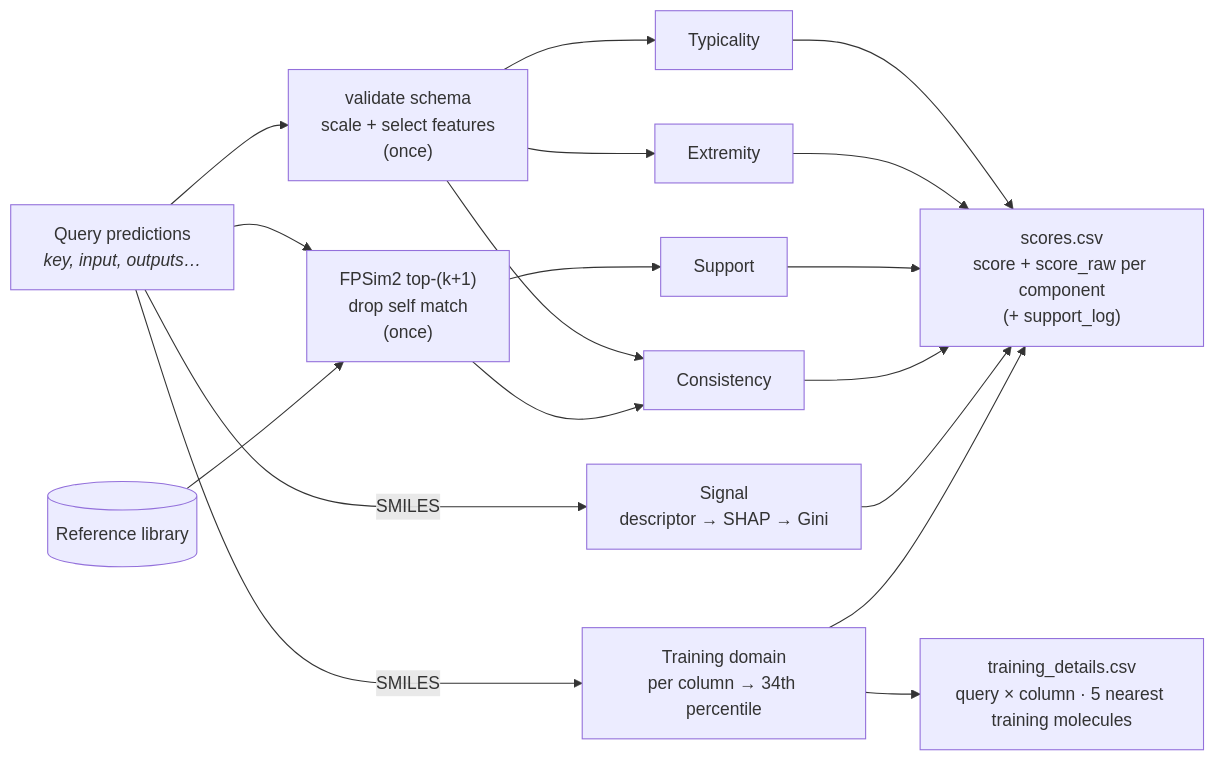
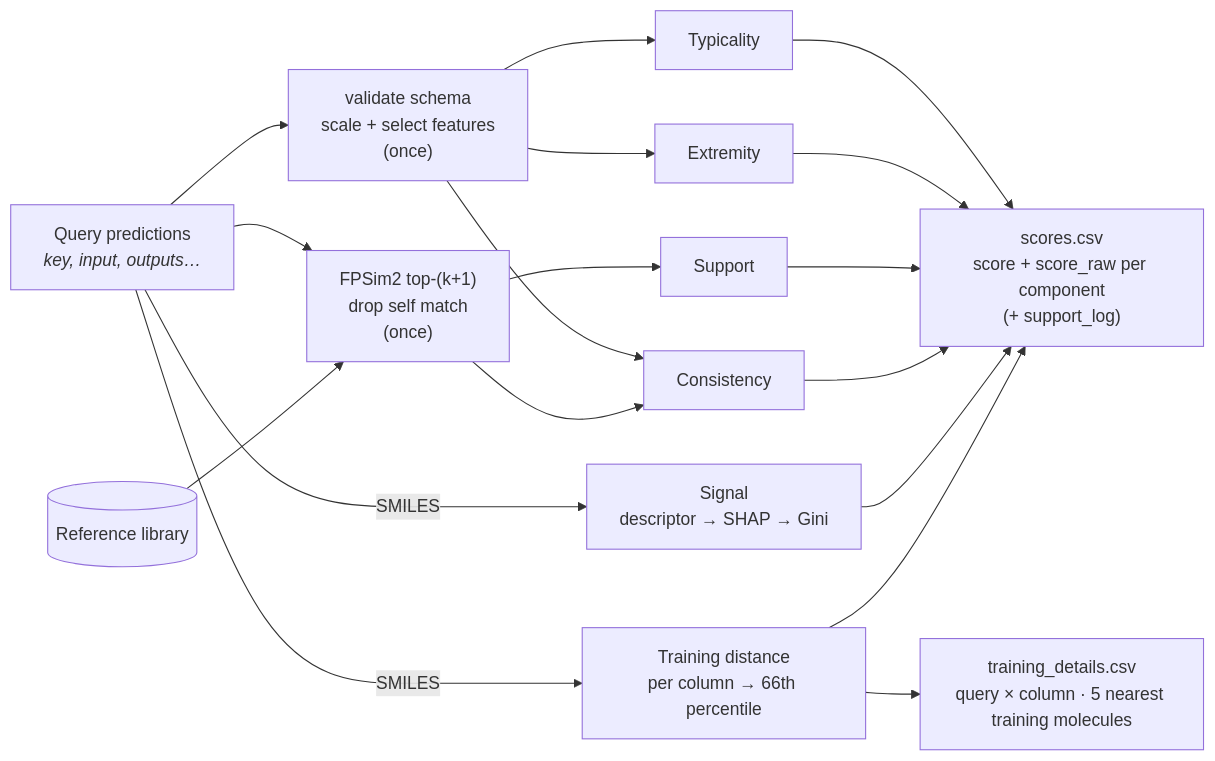
The third of 3 diagrams in docs/diagram.md (ersilia-os/eosquality), drawn with Mermaid before and after one commit. The commit also changed other lines of this file and 26 other files, not shown here.

First line of the commit message:
Training mode: uncalibrated training_distance, --training-sets, sectioned help

````diff
--- a/docs/diagram.md
+++ b/docs/diagram.md
@@ -36,12 +36,12 @@
 ```mermaid
 flowchart LR
     Q["Query predictions<br/><i>key, input, outputs…</i>"] --> SCALE["validate schema<br/>scale + select features<br/>(once)"]
     Q --> FPQ["FPSim2 top-(k+1)<br/>drop self match<br/>(once)"]
     LIB[("Reference library")] --> FPQ
     SCALE --> TYP[Typicality] & EXT[Extremity] & CON[Consistency]
     FPQ --> SUP[Support] & CON
     Q -- SMILES --> SIG["Signal<br/>descriptor → SHAP → Gini"]
-    Q -- SMILES --> TDR["Training domain<br/>per column → 34th percentile"]
+    Q -- SMILES --> TDR["Training distance<br/>per column → 66th percentile"]
     TDR --> DET["training_details.csv<br/>query × column · 5 nearest training molecules"]
     TYP & EXT & SUP & CON & SIG & TDR --> OUT["scores.csv<br/>score + score_raw per component<br/>(+ support_log)"]
 ```
````
